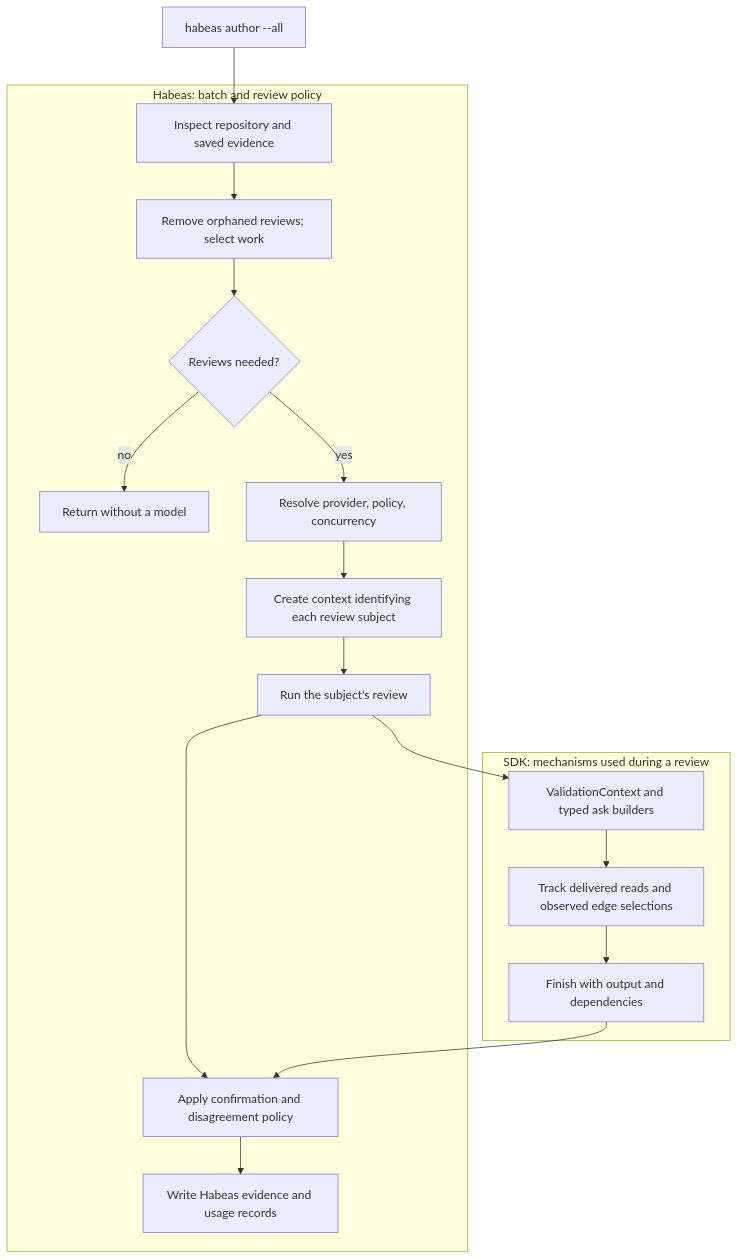
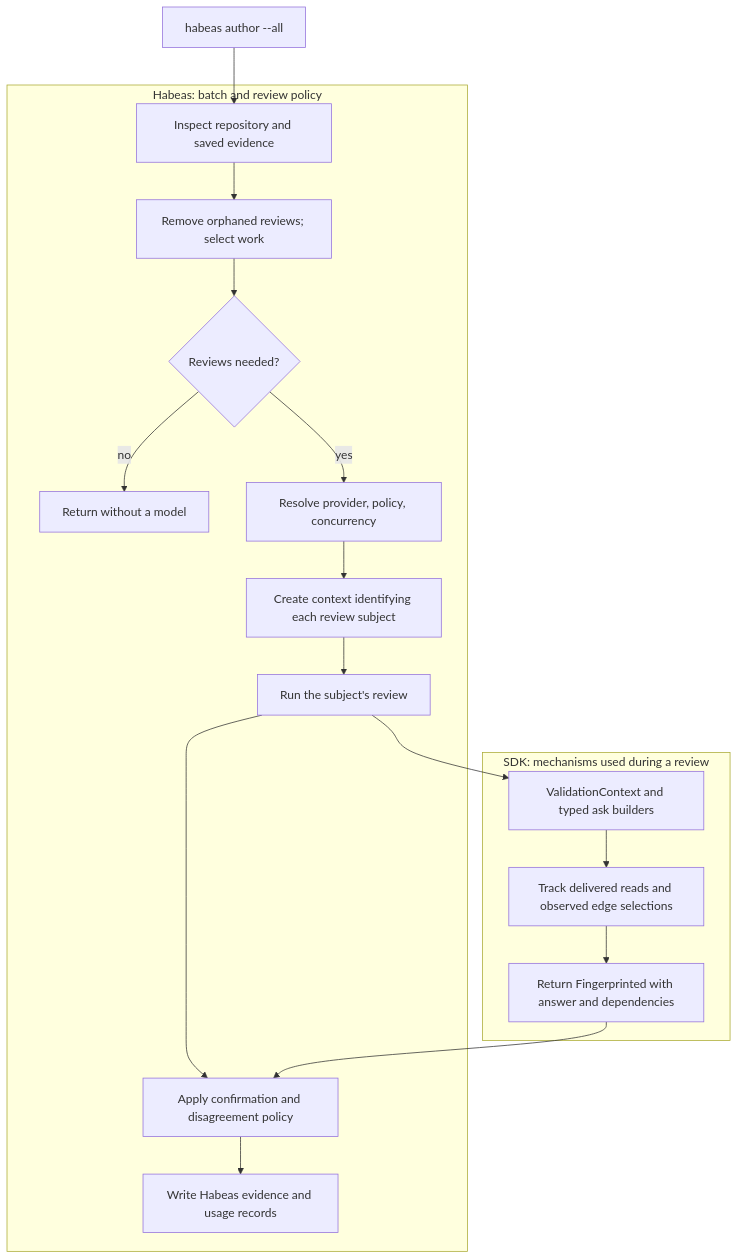
The first of 5 diagrams in md/requirements/sdk/habeas.md (nikomatsakis/habeas-codicem), drawn with Mermaid before and after one commit. The commit also changed other lines of this file and 5 other files, not shown here.

````diff
--- a/md/requirements/sdk/habeas.md
+++ b/md/requirements/sdk/habeas.md
@@ -18,20 +18,20 @@
 ```mermaid
 flowchart TD
     Start["habeas author --all"] --> Inspect
     subgraph Client["Habeas: batch and review policy"]
         Inspect["Inspect repository and saved evidence"] --> Select["Remove orphaned reviews; select work"]
         Select --> Needed{"Reviews needed?"}
         Needed -->|no| Done["Return without a model"]
         Needed -->|yes| Configure["Resolve provider, policy, concurrency"]
         Configure --> Prepare["Create context identifying each review subject"]
         Prepare --> Run["Run the subject's review"]
         Run --> Confirm["Apply confirmation and disagreement policy"]
         Confirm --> Save["Write Habeas evidence and usage records"]
     end
     subgraph Core["SDK: mechanisms used during a review"]
         Context["ValidationContext and typed ask builders"] --> Trace["Track delivered reads and observed edge selections"]
-        Trace --> Record["Finish with output and dependencies"]
+        Trace --> Record["Return Fingerprinted with answer and dependencies"]
     end
     Run --> Context
     Record --> Confirm
 ```
````
